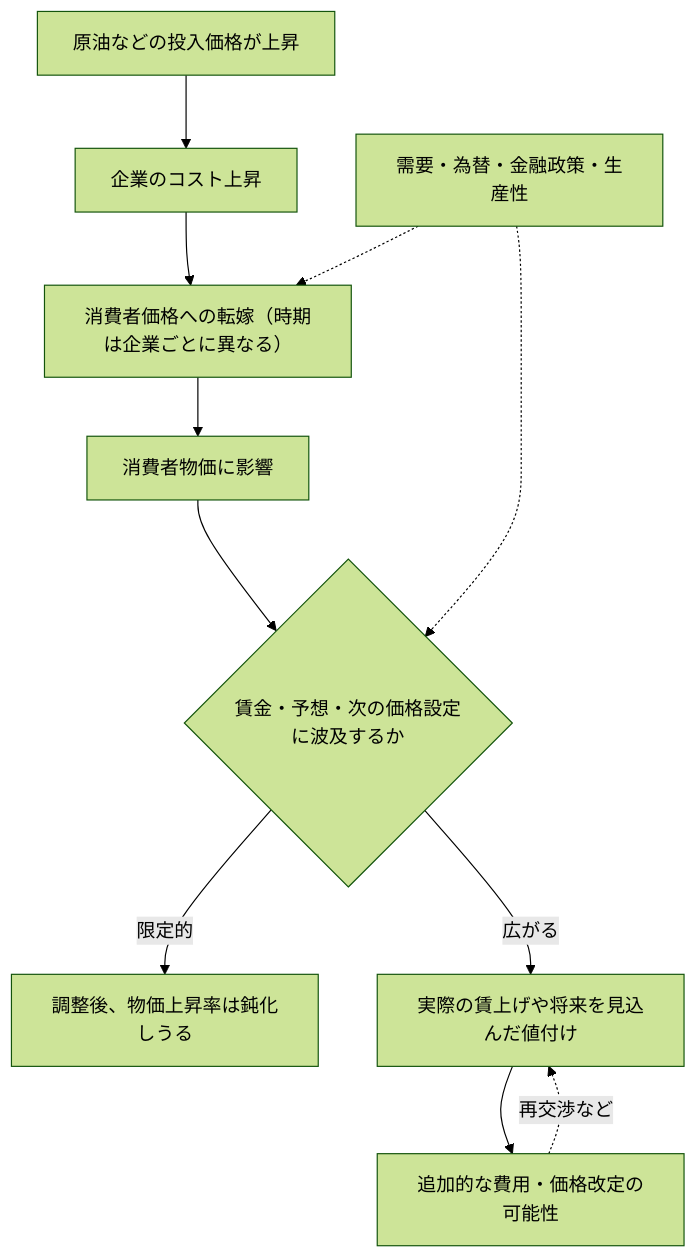
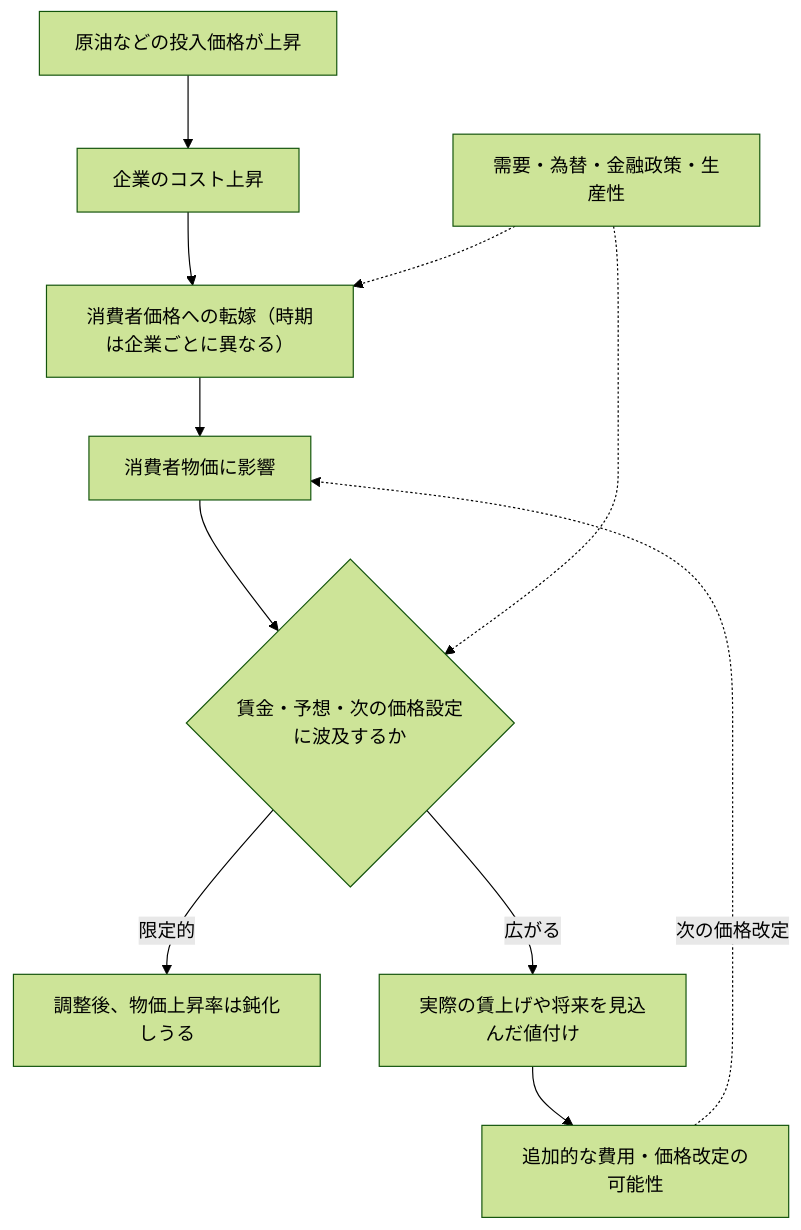
One commit to Osino-Niso/econ-data-lab changed the diagram in articles/oil-shocks-inflation-regimes.md. Above: the diagram before and after it, drawn with Mermaid (forest theme). The commit also changed other lines of this file and 1 other file, not shown here.

````diff
--- a/articles/oil-shocks-inflation-regimes.md
+++ b/articles/oil-shocks-inflation-regimes.md
@@ -161,13 +161,13 @@
 ```mermaid
 flowchart TD
     A["原油などの投入価格が上昇"] --> B["企業のコスト上昇"]
     B --> C["消費者価格への転嫁（時期は企業ごとに異なる）"]
     C --> D["消費者物価に影響"]
     D --> E{"賃金・予想・次の価格設定に波及するか"}
     E -->|"限定的"| F["調整後、物価上昇率は鈍化しうる"]
     E -->|"広がる"| G["実際の賃上げや将来を見込んだ値付け"]
     G --> H["追加的な費用・価格改定の可能性"]
-    H -.->|"再交渉など"| G
+    H -.->|"次の価格改定"| D
     I["需要・為替・金融政策・生産性"] -.-> C
     I -.-> E
 ```
````
